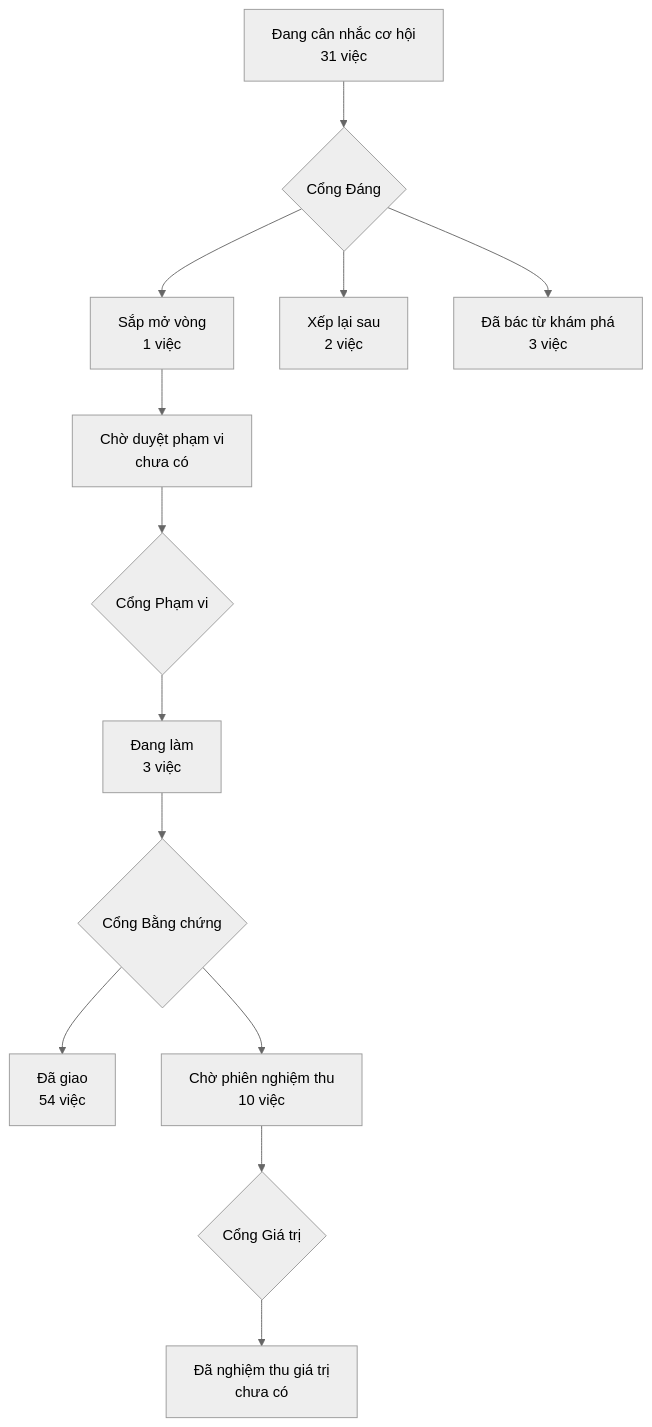
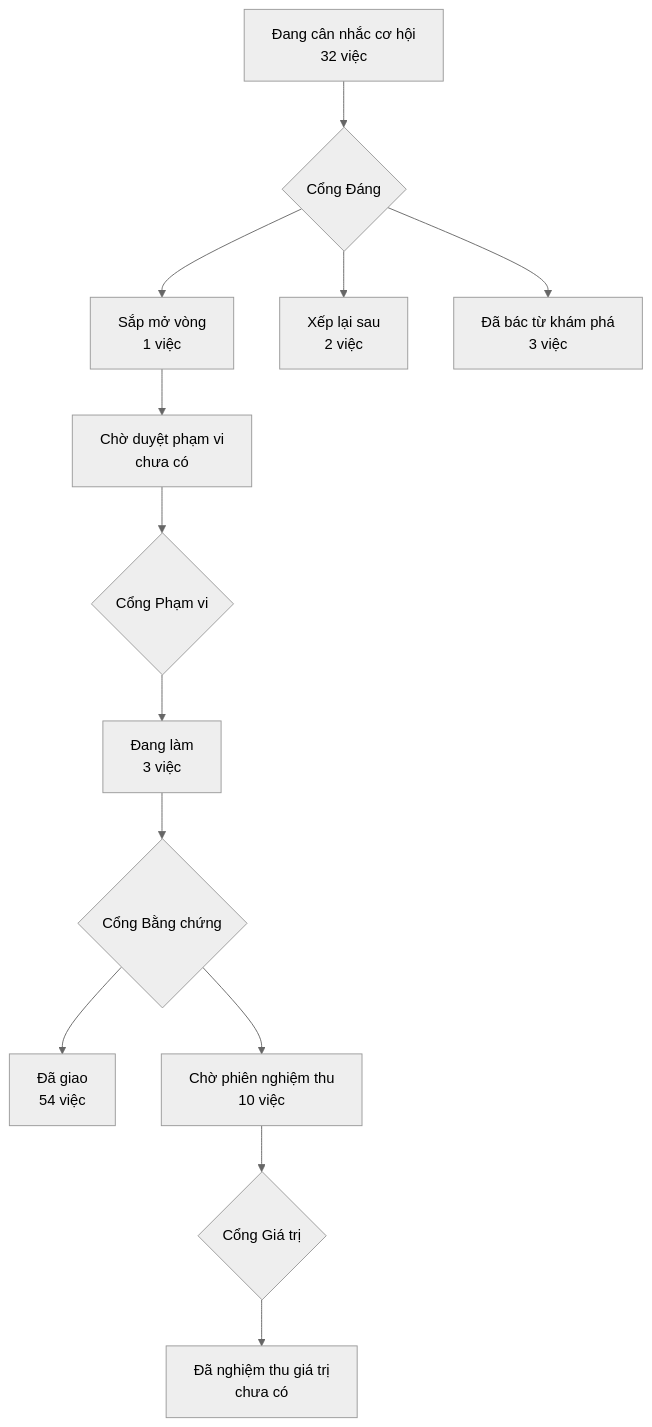
Before and after one commit to phanlemanh/acceptance-gate-kit: the diagram in PRODUCT-MAP.md, drawn with Mermaid (neutral theme). The commit also changed other lines of this file and 2 other files, not shown here.

Commit message:
docs(hạt giống): ổ cho ba chỗ cắt sau chữ ký — stub opportunity «đang cân nhắc» + bản đồ sản phẩm 31→32 (răng VC8 vào-có-ổ)

````diff
--- a/PRODUCT-MAP.md
+++ b/PRODUCT-MAP.md
@@ -6,12 +6,12 @@
 ```mermaid
 flowchart TD
-  A["Đang cân nhắc cơ hội<br/>31 việc"] --> GD{"Cổng Đáng"}
+  A["Đang cân nhắc cơ hội<br/>32 việc"] --> GD{"Cổng Đáng"}
   GD --> B["Sắp mở vòng<br/>1 việc"]
   GD --> XL["Xếp lại sau<br/>2 việc"]
   GD --> DB["Đã bác từ khám phá<br/>3 việc"]
   B --> CD["Chờ duyệt phạm vi<br/>chưa có"] --> GP{"Cổng Phạm vi"}
   GP --> DL["Đang làm<br/>3 việc"] --> GB{"Cổng Bằng chứng"}
   GB --> DG["Đã giao<br/>54 việc"]
   GB --> CN["Chờ phiên nghiệm thu<br/>10 việc"] --> GG{"Cổng Giá trị"}
   GG --> NT["Đã nghiệm thu giá trị<br/>chưa có"]
 ```
````
